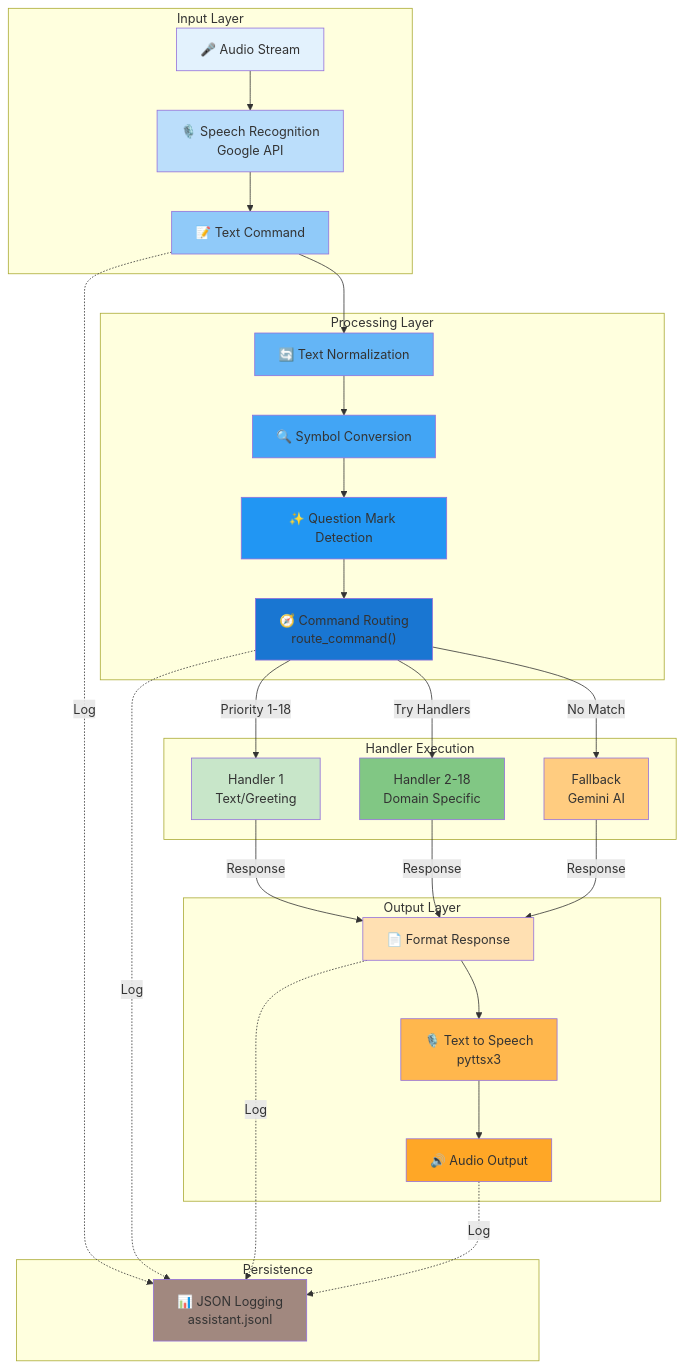
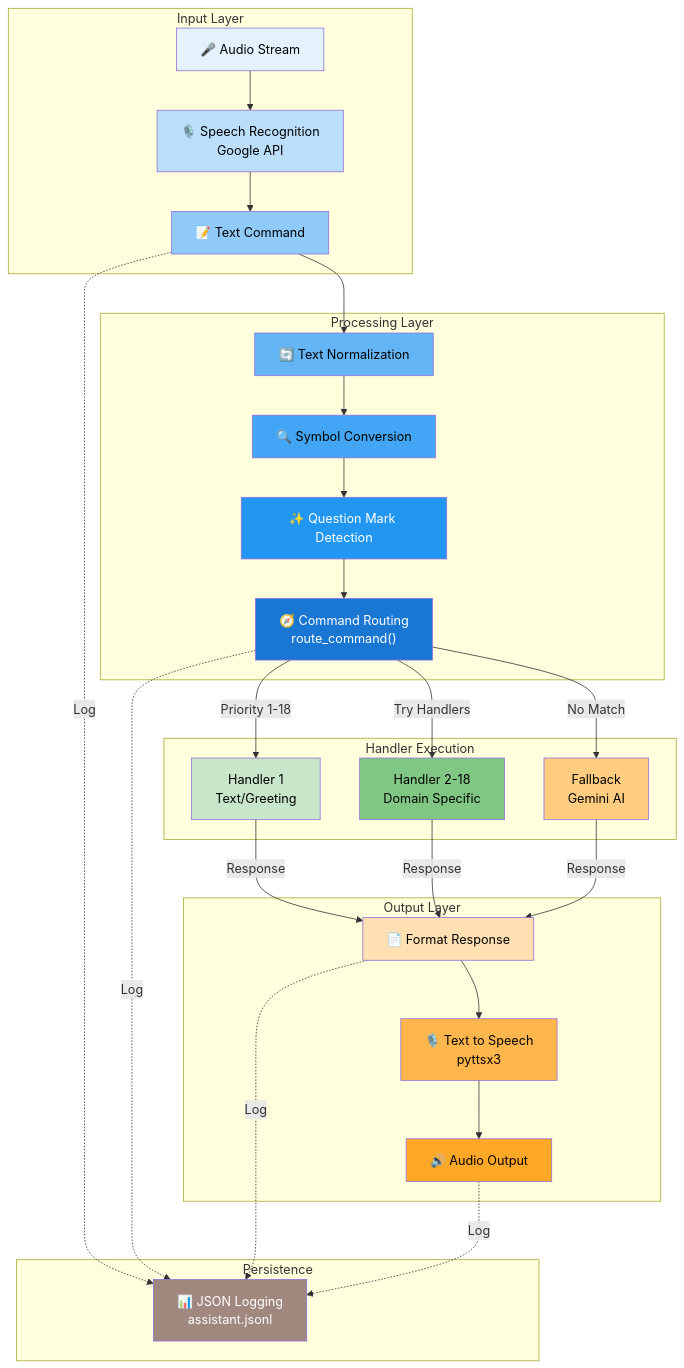
One commit to KGFCH2/OIBSIP changed the fourth of 4 diagrams in Voice Assistant/EchoMind AI/README.md. Above: the diagram before and after it, drawn with Mermaid. The commit also changed other lines of this file, not shown here.

````diff
--- a/Voice Assistant/EchoMind AI/README.md
+++ b/Voice Assistant/EchoMind AI/README.md
@@ -297,69 +297,69 @@
 ```mermaid
 graph TB
     subgraph "Input Layer"
         A["🎤 Audio Stream"]
         B["🎙️ Speech Recognition<br/>Google API"]
         C["📝 Text Command"]
     end
     
     subgraph "Processing Layer"
         D["🔄 Text Normalization"]
         E["🔍 Symbol Conversion"]
         F["✨ Question Mark Detection"]
         G["🧭 Command Routing<br/>route_command()"]
     end
     
     subgraph "Handler Execution"
         H1["Handler 1<br/>Text/Greeting"]
         H2["Handler 2-18<br/>Domain Specific"]
         H3["Fallback<br/>Gemini AI"]
     end
     
     subgraph "Output Layer"
         I["📄 Format Response"]
         J["🎙️ Text to Speech<br/>pyttsx3"]
         K["🔊 Audio Output"]
     end
     
     subgraph "Persistence"
         L["📊 JSON Logging<br/>assistant.jsonl"]
     end
     
     A --> B
     B --> C
     C --> D
     D --> E
     E --> F
     F --> G
     
     G -->|Priority 1-18| H1
     G -->|Try Handlers| H2
     G -->|No Match| H3
     
     H1 -->|Response| I
     H2 -->|Response| I
     H3 -->|Response| I
     
     I --> J
     J --> K
     
     C -.->|Log| L
     G -.->|Log| L
     I -.->|Log| L
     K -.->|Log| L
     
-    style A fill:#e3f2fd
-    style B fill:#bbdefb
-    style C fill:#90caf9
-    style D fill:#64b5f6
-    style E fill:#42a5f5
-    style F fill:#2196f3
-    style G fill:#1976d2
-    style H1 fill:#c8e6c9
-    style H2 fill:#81c784
-    style H3 fill:#ffcc80
-    style I fill:#ffe0b2
-    style J fill:#ffb74d
-    style K fill:#ffa726
-    style L fill:#a1887f
+    style A fill:#e3f2fd,color:#000
+    style B fill:#bbdefb,color:#000
+    style C fill:#90caf9,color:#000
+    style D fill:#64b5f6,color:#000
+    style E fill:#42a5f5,color:#000
+    style F fill:#2196f3,color:#fff
+    style G fill:#1976d2,color:#fff
+    style H1 fill:#c8e6c9,color:#000
+    style H2 fill:#81c784,color:#000
+    style H3 fill:#ffcc80,color:#000
+    style I fill:#ffe0b2,color:#000
+    style J fill:#ffb74d,color:#000
+    style K fill:#ffa726,color:#000
+    style L fill:#a1887f,color:#fff
 ```
````
